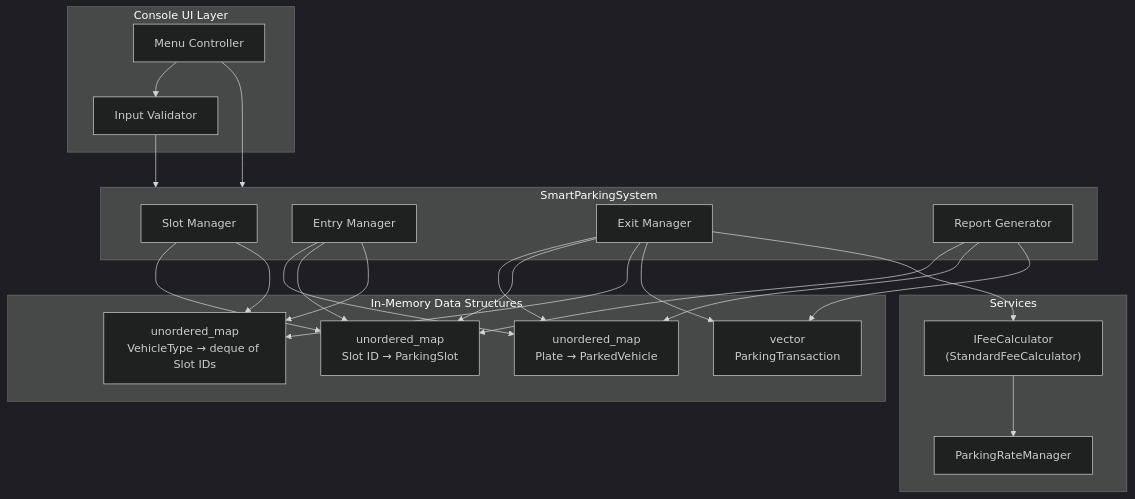
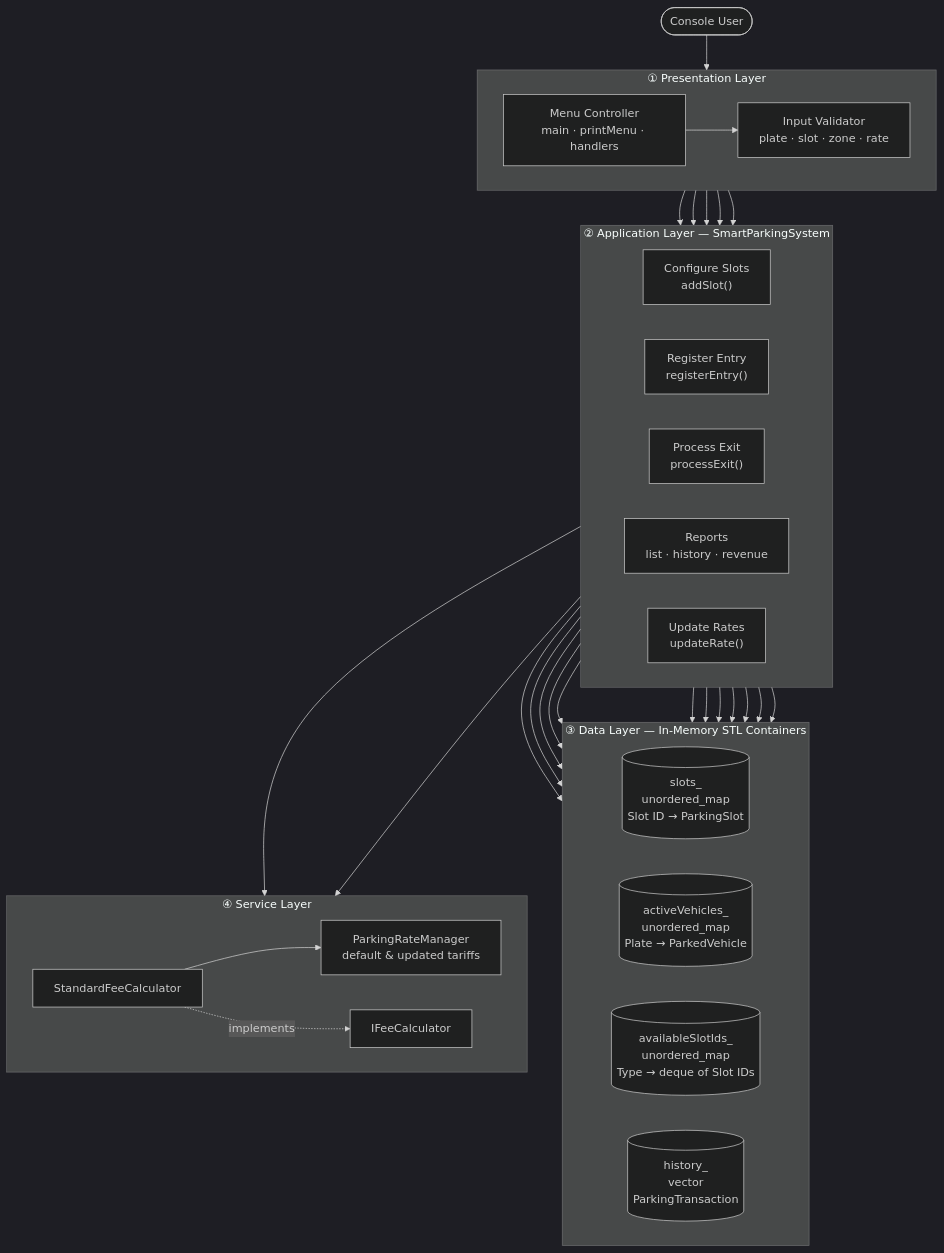
One commit to ihirwepatrick/smart-packing-system-ne changed the diagram in README.md. Above: the diagram before and after it, drawn with Mermaid (dark theme). The commit also changed other lines of this file and 5 other files, not shown here.

````diff
--- a/README.md
+++ b/README.md
@@ -70,45 +72,47 @@
 ```mermaid
 flowchart TB
-    subgraph UI["Console UI Layer"]
-        MENU[Menu Controller]
-        VAL[Input Validator]
+    USER(["Console User"])
+
+    subgraph UI["① Presentation Layer"]
+        direction LR
+        MENU["Menu Controller<br/>main · printMenu · handlers"]
+        VALID["Input Validator<br/>plate · slot · zone · rate"]
+        MENU --> VALID
     end
 
-    subgraph CORE["SmartParkingSystem"]
-        SLOT_MGR[Slot Manager]
-        ENTRY_MGR[Entry Manager]
-        EXIT_MGR[Exit Manager]
-        REPORT[Report Generator]
+    subgraph CORE["② Application Layer — SmartParkingSystem"]
+        direction LR
+        SLOT["Configure Slots<br/>addSlot()"]
+        ENTRY["Register Entry<br/>registerEntry()"]
+        EXIT["Process Exit<br/>processExit()"]
+        REPORT["Reports<br/>list · history · revenue"]
+        RATE["Update Rates<br/>updateRate()"]
     end
 
-    subgraph DS["In-Memory Data Structures"]
-        SLOTS["unordered_map\nSlot ID → ParkingSlot"]
-        ACTIVE["unordered_map\nPlate → ParkedVehicle"]
-        AVAIL["unordered_map\nVehicleType → deque of Slot IDs"]
-        HISTORY["vector\nParkingTransaction"]
+    subgraph DATA["③ Data Layer — In-Memory STL Containers"]
+        direction LR
+        DS1[("slots_<br/>unordered_map<br/>Slot ID → ParkingSlot")]
+        DS2[("activeVehicles_<br/>unordered_map<br/>Plate → ParkedVehicle")]
+        DS3[("availableSlotIds_<br/>unordered_map<br/>Type → deque of Slot IDs")]
+        DS4[("history_<br/>vector<br/>ParkingTransaction")]
     end
 
-    subgraph SERVICES["Services"]
-        RATES[ParkingRateManager]
-        FEES["IFeeCalculator\n(StandardFeeCalculator)"]
+    subgraph SVC["④ Service Layer"]
+        direction LR
+        RATES["ParkingRateManager<br/>default & updated tariffs"]
+        IFACE["IFeeCalculator"]
+        FEES["StandardFeeCalculator"]
+        FEES -.->|implements| IFACE
     end
 
-    MENU --> VAL
-    VAL --> CORE
-    MENU --> CORE
+    USER --> MENU
+    VALID --> SLOT & ENTRY & EXIT & REPORT & RATE
 
-    SLOT_MGR --> SLOTS
-    SLOT_MGR --> AVAIL
-    ENTRY_MGR --> ACTIVE
-    ENTRY_MGR --> SLOTS
-    ENTRY_MGR --> AVAIL
-    EXIT_MGR --> ACTIVE
-    EXIT_MGR --> SLOTS
-    EXIT_MGR --> AVAIL
-    EXIT_MGR --> HISTORY
-    EXIT_MGR --> FEES
+    SLOT --> DS1 & DS3
+    ENTRY --> DS1 & DS2 & DS3
+    EXIT --> DS1 & DS2 & DS3 & DS4
+    EXIT --> FEES
+    REPORT --> DS1 & DS2 & DS4
+    RATE --> RATES
     FEES --> RATES
-    REPORT --> SLOTS
-    REPORT --> ACTIVE
-    REPORT --> HISTORY
 ```
````
